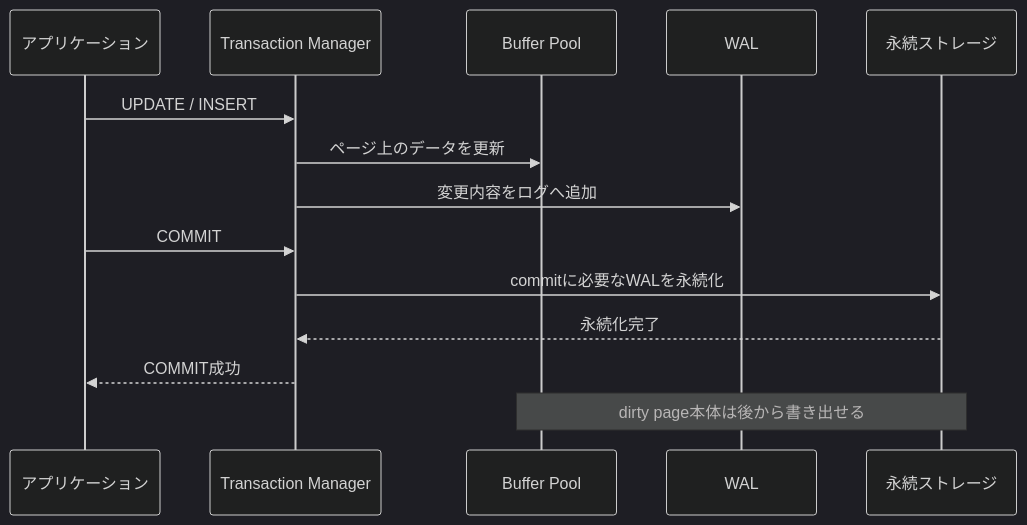
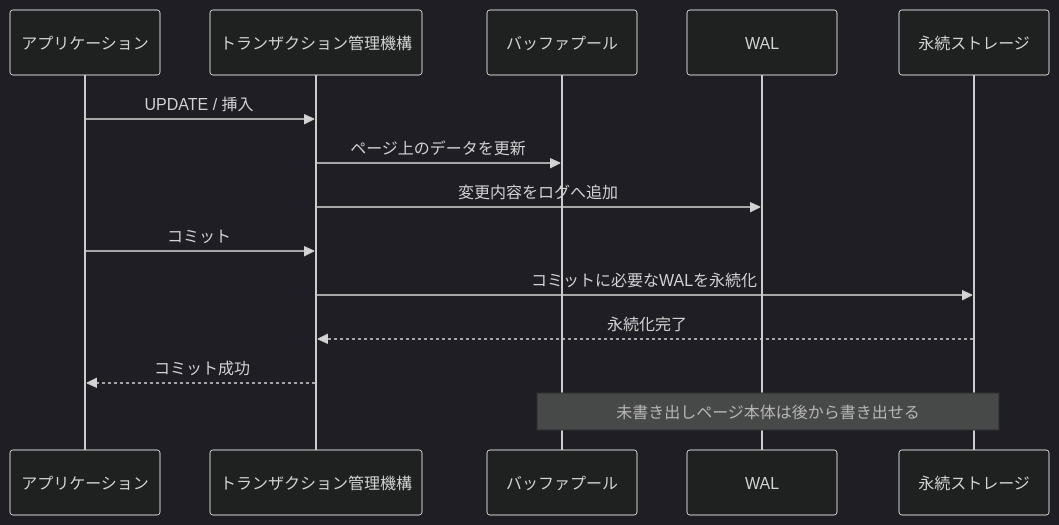
One commit to hirunebot/database-systems-book changed the second of 2 diagrams in src/content/docs/01-foundations/01-overview.md. Above: the diagram before and after it, drawn with Mermaid (dark theme). The commit also changed other lines of this file and 42 other files, not shown here.

````diff
--- a/src/content/docs/01-foundations/01-overview.md
+++ b/src/content/docs/01-foundations/01-overview.md
@@ -140,17 +140,17 @@
 ```mermaid
 sequenceDiagram
     participant App as アプリケーション
-    participant Tx as Transaction Manager
-    participant Buf as Buffer Pool
+    participant Tx as トランザクション管理機構
+    participant Buf as バッファプール
     participant Log as WAL
     participant Disk as 永続ストレージ
 
-    App->>Tx: UPDATE / INSERT
+    App->>Tx: UPDATE / 挿入
     Tx->>Buf: ページ上のデータを更新
     Tx->>Log: 変更内容をログへ追加
-    App->>Tx: COMMIT
-    Tx->>Disk: commitに必要なWALを永続化
+    App->>Tx: コミット
+    Tx->>Disk: コミットに必要なWALを永続化
     Disk-->>Tx: 永続化完了
-    Tx-->>App: COMMIT成功
-    Note over Buf,Disk: dirty page本体は後から書き出せる
+    Tx-->>App: コミット成功
+    Note over Buf,Disk: 未書き出しページ本体は後から書き出せる
 ```
````
